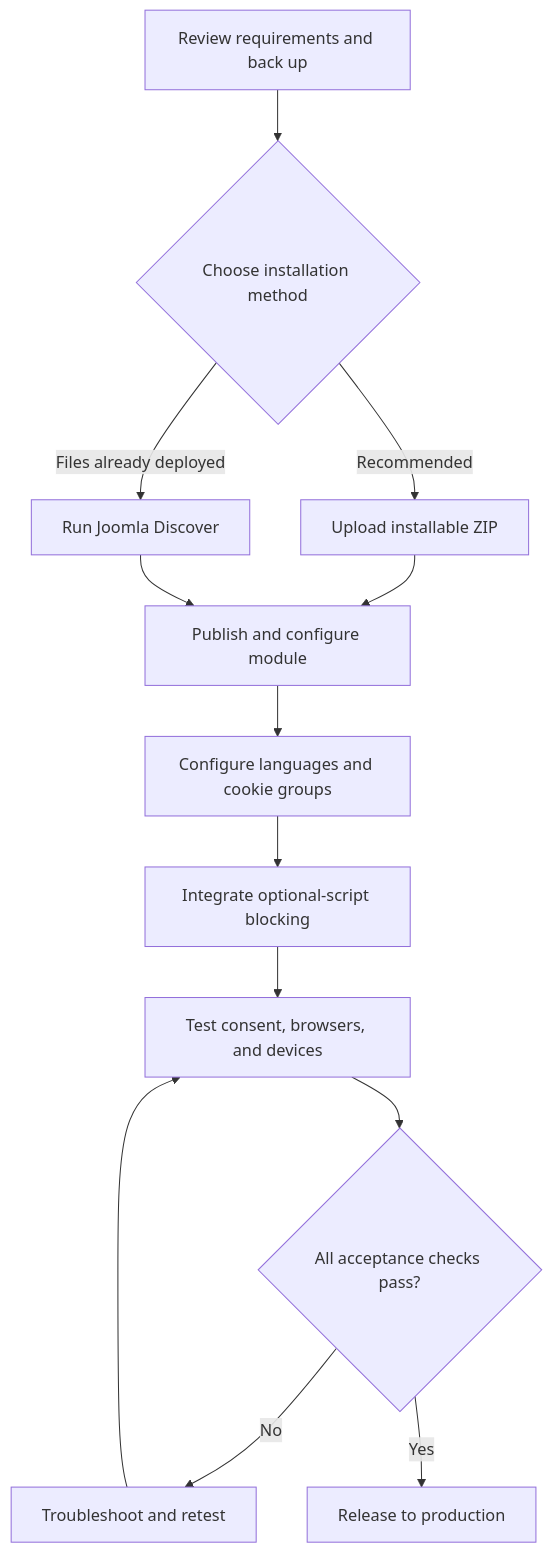
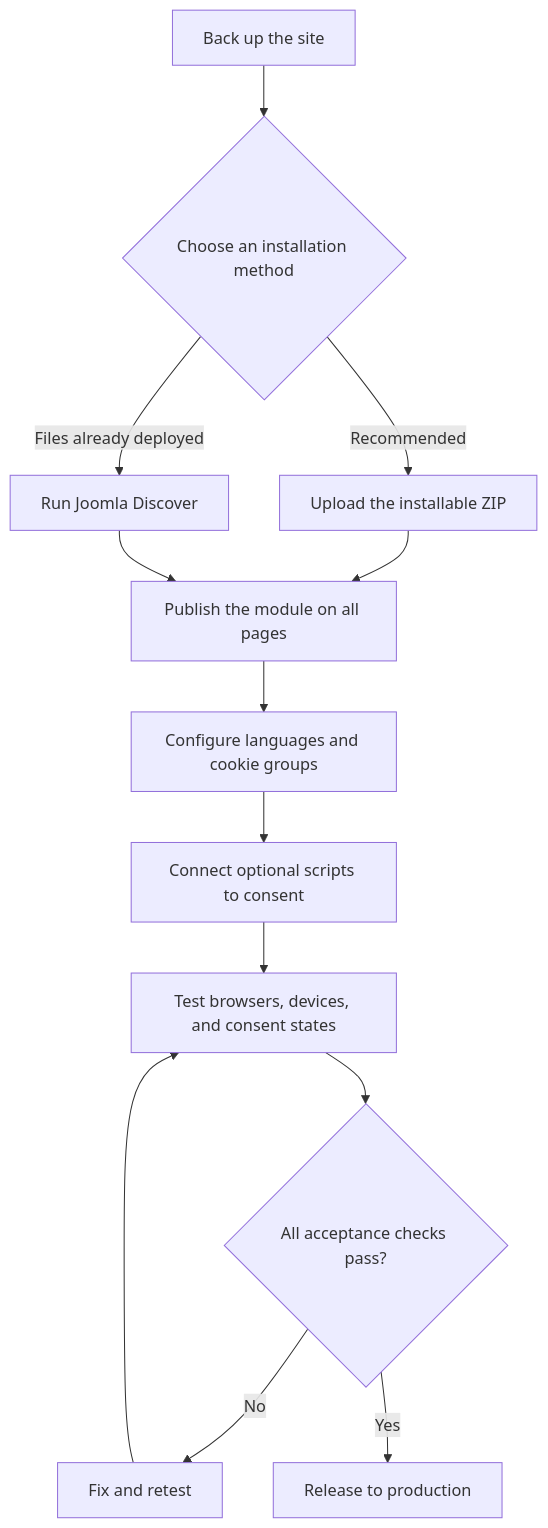
The first of 3 diagrams in joomla/learning/extensions/jb-cookies-6-0-2-installation-guide.md (duyduyly/php-notebook), drawn with Mermaid before and after one commit. The commit also changed other lines of this file, not shown here.

````diff
--- a/joomla/learning/extensions/jb-cookies-6-0-2-installation-guide.md
+++ b/joomla/learning/extensions/jb-cookies-6-0-2-installation-guide.md
@@ -33,15 +35,15 @@
 ```mermaid
 flowchart TD
-    A["Review requirements and back up"] --> B{"Choose installation method"}
-    B -->|Recommended| C["Upload installable ZIP"]
+    A["Back up the site"] --> B{"Choose an installation method"}
+    B -->|Recommended| C["Upload the installable ZIP"]
     B -->|Files already deployed| D["Run Joomla Discover"]
-    C --> E["Publish and configure module"]
+    C --> E["Publish the module on all pages"]
     D --> E
     E --> F["Configure languages and cookie groups"]
-    F --> G["Integrate optional-script blocking"]
-    G --> H["Test consent, browsers, and devices"]
+    F --> G["Connect optional scripts to consent"]
+    G --> H["Test browsers, devices, and consent states"]
     H --> I{"All acceptance checks pass?"}
-    I -->|No| J["Troubleshoot and retest"]
+    I -->|No| J["Fix and retest"]
     J --> H
     I -->|Yes| K["Release to production"]
 ```
````
